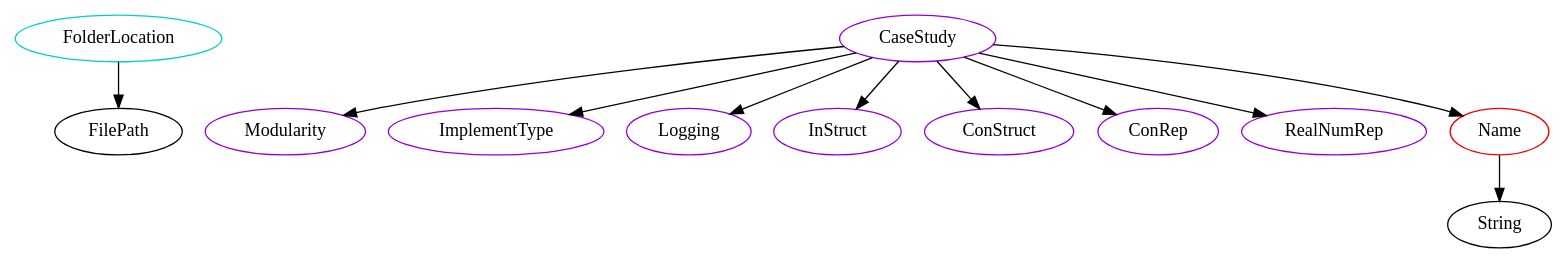
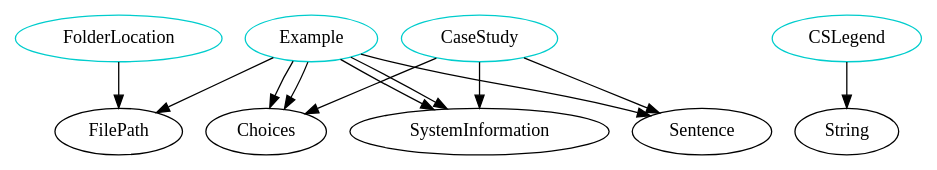
The diagram in analysis/TypeDependencyGraphs/website.dot (Ant13731/Drasil), drawn with Graphviz before and after one commit. The commit also changed 2710 other files, not shown here.

```diff
--- a/analysis/TypeDependencyGraphs/website.dot
+++ b/analysis/TypeDependencyGraphs/website.dot
@@ -1,58 +1,44 @@
 digraph alltypes {
 	subgraph analyiss {
 	}
 	subgraph body {
 		subgraph folderlocation{
 		FolderLocation -> FilePath;
-		FolderLocation	[shape=oval, color=cyan3, label=FolderLocation];
+		FolderLocation	[shape=oval, color=cyan3, label="FolderLocation"];
 		}
 	}
 	subgraph caestudys {
-		subgraph modularity{
-		Modularity	[shape=oval, color=darkviolet, label=Modularity];
-		}
-		subgraph implementtype{
-		ImplementType	[shape=oval, color=darkviolet, label=ImplementType];
-		}
-		subgraph logging{
-		Logging	[shape=oval, color=darkviolet, label=Logging];
-		}
-		subgraph instruct{
-		InStruct	[shape=oval, color=darkviolet, label=InStruct];
-		}
-		subgraph construct{
-		ConStruct	[shape=oval, color=darkviolet, label=ConStruct];
-		}
-		subgraph conrep{
-		ConRep	[shape=oval, color=darkviolet, label=ConRep];
-		}
-		subgraph realnumrep{
-		RealNumRep	[shape=oval, color=darkviolet, label=RealNumRep];
+		subgraph example{
+		Example -> SystemInformation;
+		Example -> Choices;
+		Example	[shape=oval, color=cyan3, label="Example"];
 		}
 		subgraph casestudy{
-		CaseStudy -> Name;
-		CaseStudy -> Modularity;
-		CaseStudy -> ImplementType;
-		CaseStudy -> Logging;
-		CaseStudy -> InStruct;
-		CaseStudy -> ConStruct;
-		CaseStudy -> ConRep;
-		CaseStudy -> RealNumRep;
-		CaseStudy	[shape=oval, color=darkviolet, label=CaseStudy];
+		CaseStudy -> SystemInformation;
+		CaseStudy -> Sentence;
+		CaseStudy -> Choices;
+		CaseStudy	[shape=oval, color=cyan3, label="CaseStudy"];
 		}
-		subgraph name{
-		Name -> String;
-		Name	[shape=oval, color=red2, label=Name];
+		subgraph cslegend{
+		CSLegend -> String;
+		CSLegend	[shape=oval, color=cyan3, label="CSLegend"];
 		}
 	}
 	subgraph documentation {
 	}
 	subgraph example {
+		subgraph example{
+		Example -> SystemInformation;
+		Example -> Sentence;
+		Example -> Choices;
+		Example -> FilePath;
+		Example	[shape=oval, color=cyan3, label="Example"];
+		}
 	}
 	subgraph graphs {
 	}
 	subgraph introduction {
 	}
 	subgraph main {
 	}
 }
```
